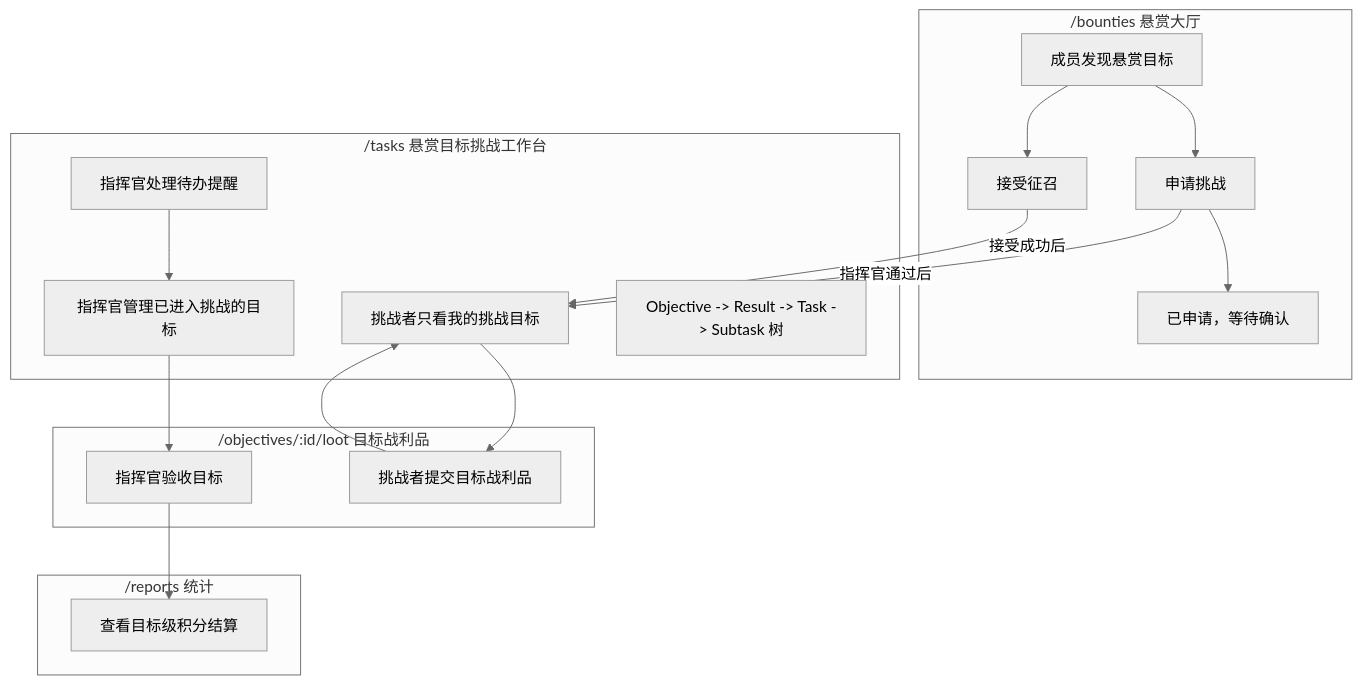
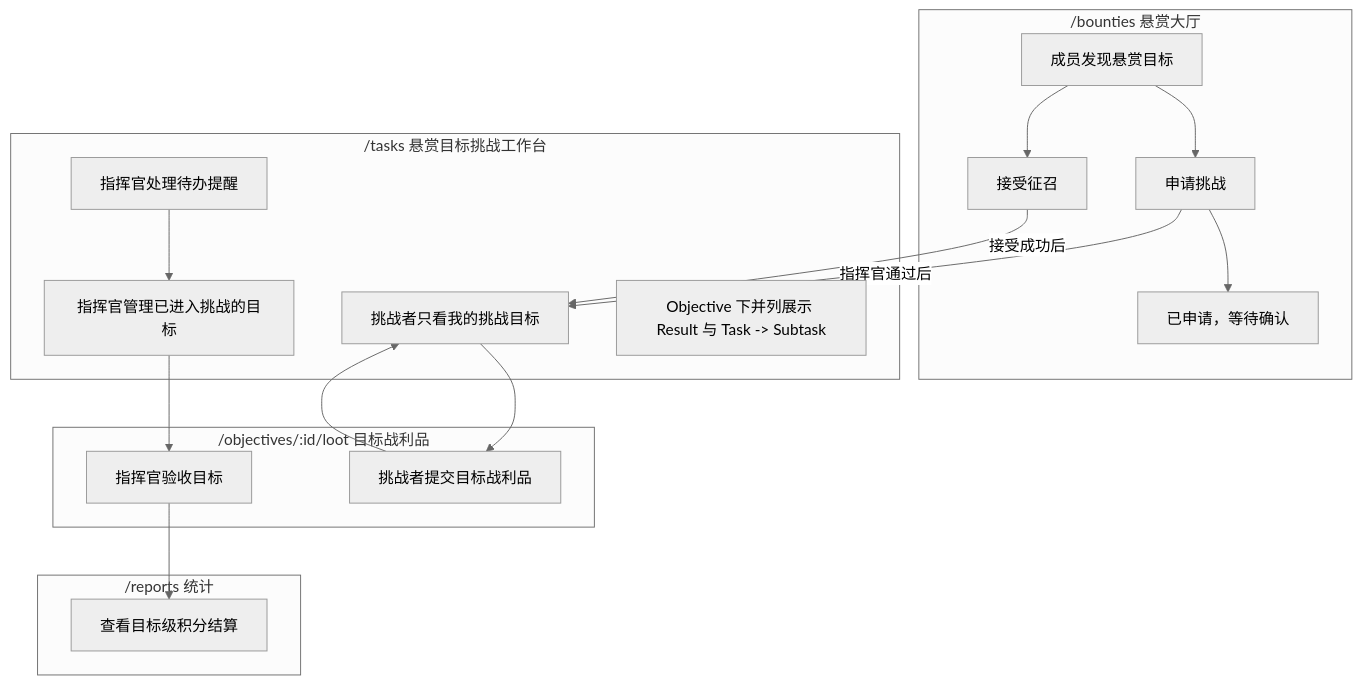
One commit to xueyu888/ORF changed the first of 7 diagrams in docs/frontend/ORF 前端流程测试.md. Above: the diagram before and after it, drawn with Mermaid (neutral theme). The commit also changed other lines of this file and 8 other files, not shown here.

````diff
--- a/docs/frontend/ORF 前端流程测试.md
+++ b/docs/frontend/ORF 前端流程测试.md
@@ -41,35 +41,35 @@
 ```mermaid
 flowchart TD
   subgraph Hall["/bounties 悬赏大厅"]
     H1[成员发现悬赏目标]
     H2[申请挑战]
     H3[接受征召]
     H4[已申请，等待确认]
   end
 
   subgraph Workbench["/tasks 悬赏目标挑战工作台"]
     W1[指挥官处理待办提醒]
     W2[指挥官管理已进入挑战的目标]
     W3[挑战者只看我的挑战目标]
-    W4[Objective -> Result -> Task -> Subtask 树]
+    W4[Objective 下并列展示 Result 与 Task -> Subtask]
   end
 
   subgraph Loot["/objectives/:id/loot 目标战利品"]
     L1[挑战者提交目标战利品]
     L2[指挥官验收目标]
   end
 
   subgraph Reports["/reports 统计"]
     R1[查看目标级积分结算]
   end
 
   H1 --> H2 --> H4
   H1 --> H3
   H2 -->|指挥官通过后| W3
   H3 -->|接受成功后| W3
   W1 --> W2
   W2 --> L2
   W3 --> L1
   L1 --> W3
   L2 --> R1
 ```
````
